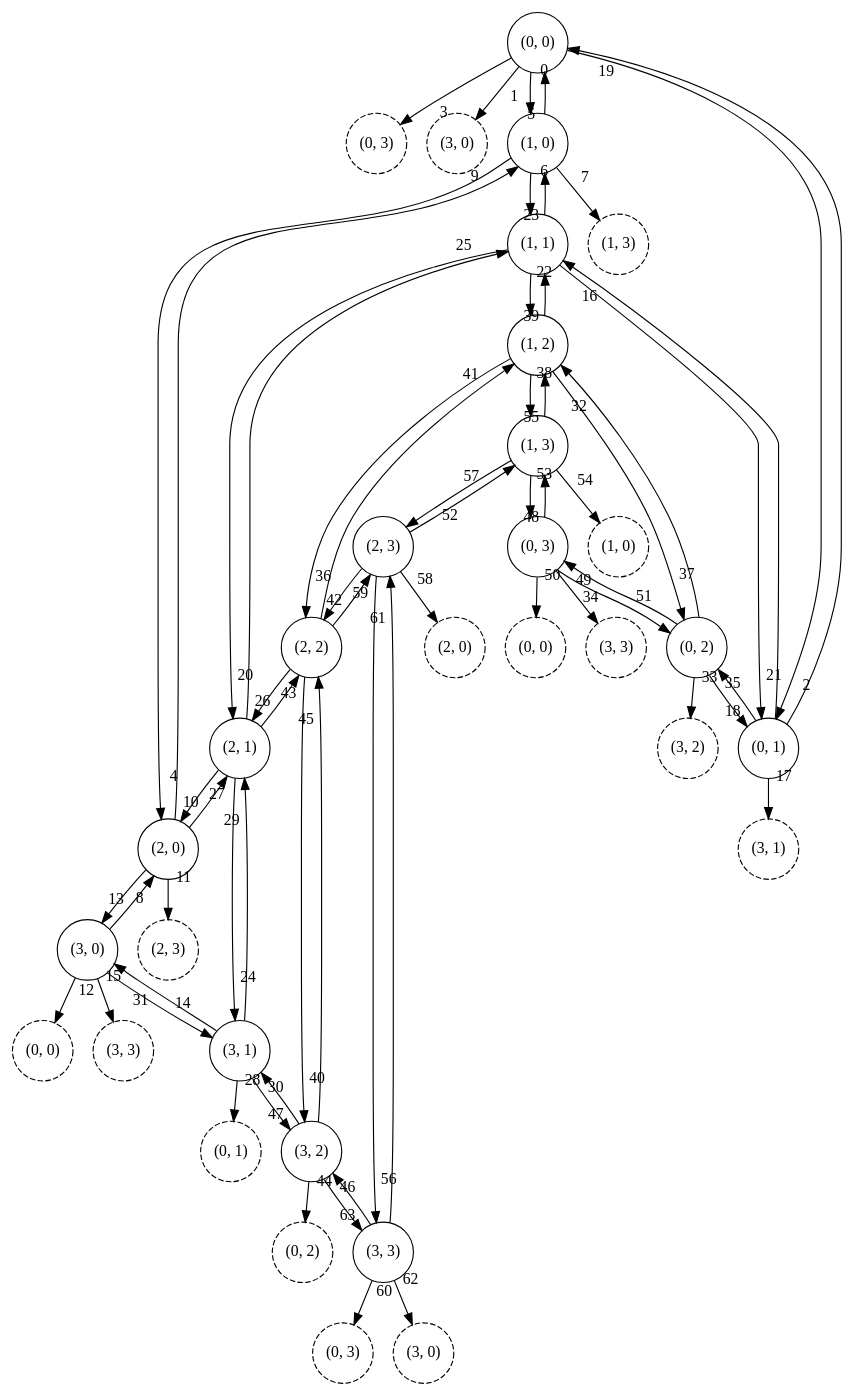
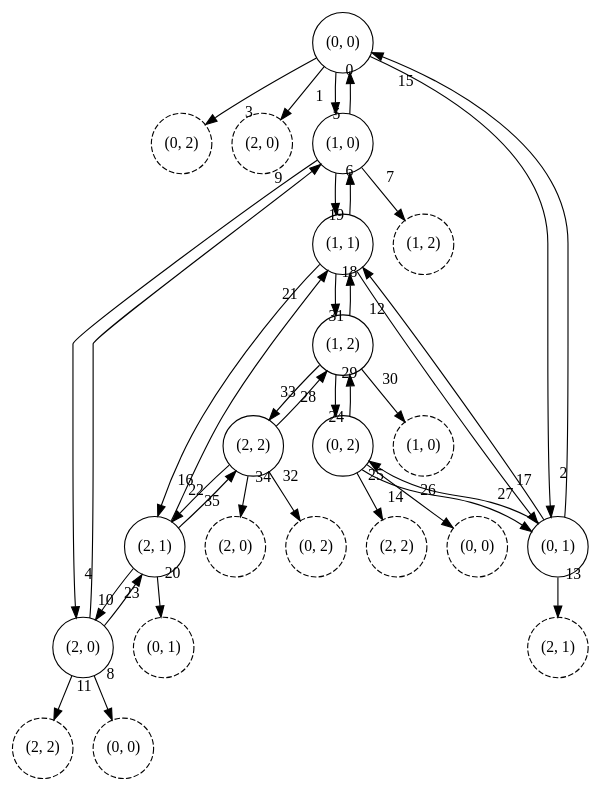
The diagram in docs/graphviz/lattice/periodic-natural.dot (hiperwalk/hiperwalk), drawn with Graphviz before and after one commit. The commit also changed 10 other files, not shown here.

```diff
--- a/docs/graphviz/lattice/periodic-natural.dot
+++ b/docs/graphviz/lattice/periodic-natural.dot
@@ -1,99 +1,60 @@
 digraph {
-	"(0, -1)" [pos="0.0,-1.75!" width=0.75 height=0.75 fixedsize=True style="dashed" label="(0, 3)"]
-	"(1, -1)" [pos="1.75,-1.75!" width=0.75 height=0.75 fixedsize=True style="dashed" label="(1, 3)"]
-	"(2, -1)" [pos="3.5,-1.75!" width=0.75 height=0.75 fixedsize=True style="dashed" label="(2, 3)"]
-	"(3, -1)" [pos="5.25,-1.75!" width=0.75 height=0.75 fixedsize=True style="dashed" label="(3, 3)"]
-	"(-1, 0)" [pos="-1.75,0.0!" width=0.75 height=0.75 fixedsize=True style="dashed" label="(3, 0)"]
+	"(0, -1)" [pos="0.0,-1.75!" width=0.75 height=0.75 fixedsize=True style="dashed" label="(0, 2)"]
+	"(1, -1)" [pos="1.75,-1.75!" width=0.75 height=0.75 fixedsize=True style="dashed" label="(1, 2)"]
+	"(2, -1)" [pos="3.5,-1.75!" width=0.75 height=0.75 fixedsize=True style="dashed" label="(2, 2)"]
+	"(-1, 0)" [pos="-1.75,0.0!" width=0.75 height=0.75 fixedsize=True style="dashed" label="(2, 0)"]
 	"(0, 0)" [pos="0.0,0.0!" width=0.75 height=0.75 fixedsize=True]
 	"(1, 0)" [pos="1.75,0.0!" width=0.75 height=0.75 fixedsize=True]
 	"(2, 0)" [pos="3.5,0.0!" width=0.75 height=0.75 fixedsize=True]
-	"(3, 0)" [pos="5.25,0.0!" width=0.75 height=0.75 fixedsize=True]
-	"(4, 0)" [pos="7.0,0.0!" width=0.75 height=0.75 fixedsize=True style="dashed" label="(0, 0)"]
-	"(-1, 1)" [pos="-1.75,1.75!" width=0.75 height=0.75 fixedsize=True style="dashed" label="(3, 1)"]
+	"(3, 0)" [pos="5.25,0.0!" width=0.75 height=0.75 fixedsize=True style="dashed" label="(0, 0)"]
+	"(-1, 1)" [pos="-1.75,1.75!" width=0.75 height=0.75 fixedsize=True style="dashed" label="(2, 1)"]
 	"(0, 1)" [pos="0.0,1.75!" width=0.75 height=0.75 fixedsize=True]
 	"(1, 1)" [pos="1.75,1.75!" width=0.75 height=0.75 fixedsize=True]
 	"(2, 1)" [pos="3.5,1.75!" width=0.75 height=0.75 fixedsize=True]
-	"(3, 1)" [pos="5.25,1.75!" width=0.75 height=0.75 fixedsize=True]
-	"(4, 1)" [pos="7.0,1.75!" width=0.75 height=0.75 fixedsize=True style="dashed" label="(0, 1)"]
-	"(-1, 2)" [pos="-1.75,3.5!" width=0.75 height=0.75 fixedsize=True style="dashed" label="(3, 2)"]
+	"(3, 1)" [pos="5.25,1.75!" width=0.75 height=0.75 fixedsize=True style="dashed" label="(0, 1)"]
+	"(-1, 2)" [pos="-1.75,3.5!" width=0.75 height=0.75 fixedsize=True style="dashed" label="(2, 2)"]
 	"(0, 2)" [pos="0.0,3.5!" width=0.75 height=0.75 fixedsize=True]
 	"(1, 2)" [pos="1.75,3.5!" width=0.75 height=0.75 fixedsize=True]
 	"(2, 2)" [pos="3.5,3.5!" width=0.75 height=0.75 fixedsize=True]
-	"(3, 2)" [pos="5.25,3.5!" width=0.75 height=0.75 fixedsize=True]
-	"(4, 2)" [pos="7.0,3.5!" width=0.75 height=0.75 fixedsize=True style="dashed" label="(0, 2)"]
-	"(-1, 3)" [pos="-1.75,5.25!" width=0.75 height=0.75 fixedsize=True style="dashed" label="(3, 3)"]
-	"(0, 3)" [pos="0.0,5.25!" width=0.75 height=0.75 fixedsize=True]
-	"(1, 3)" [pos="1.75,5.25!" width=0.75 height=0.75 fixedsize=True]
-	"(2, 3)" [pos="3.5,5.25!" width=0.75 height=0.75 fixedsize=True]
-	"(3, 3)" [pos="5.25,5.25!" width=0.75 height=0.75 fixedsize=True]
-	"(4, 3)" [pos="7.0,5.25!" width=0.75 height=0.75 fixedsize=True style="dashed" label="(0, 3)"]
-	"(0, 4)" [pos="0.0,7.0!" width=0.75 height=0.75 fixedsize=True style="dashed" label="(0, 0)"]
-	"(1, 4)" [pos="1.75,7.0!" width=0.75 height=0.75 fixedsize=True style="dashed" label="(1, 0)"]
-	"(2, 4)" [pos="3.5,7.0!" width=0.75 height=0.75 fixedsize=True style="dashed" label="(2, 0)"]
-	"(3, 4)" [pos="5.25,7.0!" width=0.75 height=0.75 fixedsize=True style="dashed" label="(3, 0)"]
+	"(3, 2)" [pos="5.25,3.5!" width=0.75 height=0.75 fixedsize=True style="dashed" label="(0, 2)"]
+	"(0, 3)" [pos="0.0,5.25!" width=0.75 height=0.75 fixedsize=True style="dashed" label="(0, 0)"]
+	"(1, 3)" [pos="1.75,5.25!" width=0.75 height=0.75 fixedsize=True style="dashed" label="(1, 0)"]
+	"(2, 3)" [pos="3.5,5.25!" width=0.75 height=0.75 fixedsize=True style="dashed" label="(2, 0)"]
 
 	 "(0, 0)" -> "(1, 0)"[headlabel=0 labeldistance=4 labelangle=-20];
 	 "(0, 0)" -> "(-1, 0)"[headlabel=1 labeldistance=4 labelangle=-20];
 	 "(0, 0)" -> "(0, 1)"[headlabel=2 labeldistance=4 labelangle=-20];
 	 "(0, 0)" -> "(0, -1)"[headlabel=3 labeldistance=4 labelangle=-20];
 	 "(1, 0)" -> "(2, 0)"[headlabel=4 labeldistance=4 labelangle=-20];
 	 "(1, 0)" -> "(0, 0)"[headlabel=5 labeldistance=4 labelangle=-20];
 	 "(1, 0)" -> "(1, 1)"[headlabel=6 labeldistance=4 labelangle=-20];
 	 "(1, 0)" -> "(1, -1)"[headlabel=7 labeldistance=4 labelangle=-20];
 	 "(2, 0)" -> "(3, 0)"[headlabel=8 labeldistance=4 labelangle=-20];
 	 "(2, 0)" -> "(1, 0)"[headlabel=9 labeldistance=4 labelangle=-20];
 	 "(2, 0)" -> "(2, 1)"[headlabel=10 labeldistance=4 labelangle=-20];
 	 "(2, 0)" -> "(2, -1)"[headlabel=11 labeldistance=4 labelangle=-20];
-	 "(3, 0)" -> "(4, 0)"[headlabel=12 labeldistance=4 labelangle=-20];
-	 "(3, 0)" -> "(2, 0)"[headlabel=13 labeldistance=4 labelangle=-20];
-	 "(3, 0)" -> "(3, 1)"[headlabel=14 labeldistance=4 labelangle=-20];
-	 "(3, 0)" -> "(3, -1)"[headlabel=15 labeldistance=4 labelangle=-20];
-	 "(0, 1)" -> "(1, 1)"[headlabel=16 labeldistance=4 labelangle=-20];
-	 "(0, 1)" -> "(-1, 1)"[headlabel=17 labeldistance=4 labelangle=-20];
-	 "(0, 1)" -> "(0, 2)"[headlabel=18 labeldistance=4 labelangle=-20];
-	 "(0, 1)" -> "(0, 0)"[headlabel=19 labeldistance=4 labelangle=-20];
-	 "(1, 1)" -> "(2, 1)"[headlabel=20 labeldistance=4 labelangle=-20];
-	 "(1, 1)" -> "(0, 1)"[headlabel=21 labeldistance=4 labelangle=-20];
-	 "(1, 1)" -> "(1, 2)"[headlabel=22 labeldistance=4 labelangle=-20];
-	 "(1, 1)" -> "(1, 0)"[headlabel=23 labeldistance=4 labelangle=-20];
-	 "(2, 1)" -> "(3, 1)"[headlabel=24 labeldistance=4 labelangle=-20];
-	 "(2, 1)" -> "(1, 1)"[headlabel=25 labeldistance=4 labelangle=-20];
-	 "(2, 1)" -> "(2, 2)"[headlabel=26 labeldistance=4 labelangle=-20];
-	 "(2, 1)" -> "(2, 0)"[headlabel=27 labeldistance=4 labelangle=-20];
-	 "(3, 1)" -> "(4, 1)"[headlabel=28 labeldistance=4 labelangle=-20];
-	 "(3, 1)" -> "(2, 1)"[headlabel=29 labeldistance=4 labelangle=-20];
-	 "(3, 1)" -> "(3, 2)"[headlabel=30 labeldistance=4 labelangle=-20];
-	 "(3, 1)" -> "(3, 0)"[headlabel=31 labeldistance=4 labelangle=-20];
-	 "(0, 2)" -> "(1, 2)"[headlabel=32 labeldistance=4 labelangle=-20];
-	 "(0, 2)" -> "(-1, 2)"[headlabel=33 labeldistance=4 labelangle=-20];
-	 "(0, 2)" -> "(0, 3)"[headlabel=34 labeldistance=4 labelangle=-20];
-	 "(0, 2)" -> "(0, 1)"[headlabel=35 labeldistance=4 labelangle=-20];
-	 "(1, 2)" -> "(2, 2)"[headlabel=36 labeldistance=4 labelangle=-20];
-	 "(1, 2)" -> "(0, 2)"[headlabel=37 labeldistance=4 labelangle=-20];
-	 "(1, 2)" -> "(1, 3)"[headlabel=38 labeldistance=4 labelangle=-20];
-	 "(1, 2)" -> "(1, 1)"[headlabel=39 labeldistance=4 labelangle=-20];
-	 "(2, 2)" -> "(3, 2)"[headlabel=40 labeldistance=4 labelangle=-20];
-	 "(2, 2)" -> "(1, 2)"[headlabel=41 labeldistance=4 labelangle=-20];
-	 "(2, 2)" -> "(2, 3)"[headlabel=42 labeldistance=4 labelangle=-20];
-	 "(2, 2)" -> "(2, 1)"[headlabel=43 labeldistance=4 labelangle=-20];
-	 "(3, 2)" -> "(4, 2)"[headlabel=44 labeldistance=4 labelangle=-20];
-	 "(3, 2)" -> "(2, 2)"[headlabel=45 labeldistance=4 labelangle=-20];
-	 "(3, 2)" -> "(3, 3)"[headlabel=46 labeldistance=4 labelangle=-20];
-	 "(3, 2)" -> "(3, 1)"[headlabel=47 labeldistance=4 labelangle=-20];
-	 "(0, 3)" -> "(1, 3)"[headlabel=48 labeldistance=4 labelangle=-20];
-	 "(0, 3)" -> "(-1, 3)"[headlabel=49 labeldistance=4 labelangle=-20];
-	 "(0, 3)" -> "(0, 4)"[headlabel=50 labeldistance=4 labelangle=-20];
-	 "(0, 3)" -> "(0, 2)"[headlabel=51 labeldistance=4 labelangle=-20];
-	 "(1, 3)" -> "(2, 3)"[headlabel=52 labeldistance=4 labelangle=-20];
-	 "(1, 3)" -> "(0, 3)"[headlabel=53 labeldistance=4 labelangle=-20];
-	 "(1, 3)" -> "(1, 4)"[headlabel=54 labeldistance=4 labelangle=-20];
-	 "(1, 3)" -> "(1, 2)"[headlabel=55 labeldistance=4 labelangle=-20];
-	 "(2, 3)" -> "(3, 3)"[headlabel=56 labeldistance=4 labelangle=-20];
-	 "(2, 3)" -> "(1, 3)"[headlabel=57 labeldistance=4 labelangle=-20];
-	 "(2, 3)" -> "(2, 4)"[headlabel=58 labeldistance=4 labelangle=-20];
-	 "(2, 3)" -> "(2, 2)"[headlabel=59 labeldistance=4 labelangle=-20];
-	 "(3, 3)" -> "(4, 3)"[headlabel=60 labeldistance=4 labelangle=-20];
-	 "(3, 3)" -> "(2, 3)"[headlabel=61 labeldistance=4 labelangle=-20];
-	 "(3, 3)" -> "(3, 4)"[headlabel=62 labeldistance=4 labelangle=-20];
-	 "(3, 3)" -> "(3, 2)"[headlabel=63 labeldistance=4 labelangle=-20];
+	 "(0, 1)" -> "(1, 1)"[headlabel=12 labeldistance=4 labelangle=-20];
+	 "(0, 1)" -> "(-1, 1)"[headlabel=13 labeldistance=4 labelangle=-20];
+	 "(0, 1)" -> "(0, 2)"[headlabel=14 labeldistance=4 labelangle=-20];
+	 "(0, 1)" -> "(0, 0)"[headlabel=15 labeldistance=4 labelangle=-20];
+	 "(1, 1)" -> "(2, 1)"[headlabel=16 labeldistance=4 labelangle=-20];
+	 "(1, 1)" -> "(0, 1)"[headlabel=17 labeldistance=4 labelangle=-20];
+	 "(1, 1)" -> "(1, 2)"[headlabel=18 labeldistance=4 labelangle=-20];
+	 "(1, 1)" -> "(1, 0)"[headlabel=19 labeldistance=4 labelangle=-20];
+	 "(2, 1)" -> "(3, 1)"[headlabel=20 labeldistance=4 labelangle=-20];
+	 "(2, 1)" -> "(1, 1)"[headlabel=21 labeldistance=4 labelangle=-20];
+	 "(2, 1)" -> "(2, 2)"[headlabel=22 labeldistance=4 labelangle=-20];
+	 "(2, 1)" -> "(2, 0)"[headlabel=23 labeldistance=4 labelangle=-20];
+	 "(0, 2)" -> "(1, 2)"[headlabel=24 labeldistance=4 labelangle=-20];
+	 "(0, 2)" -> "(-1, 2)"[headlabel=25 labeldistance=4 labelangle=-20];
+	 "(0, 2)" -> "(0, 3)"[headlabel=26 labeldistance=4 labelangle=-20];
+	 "(0, 2)" -> "(0, 1)"[headlabel=27 labeldistance=4 labelangle=-20];
+	 "(1, 2)" -> "(2, 2)"[headlabel=28 labeldistance=4 labelangle=-20];
+	 "(1, 2)" -> "(0, 2)"[headlabel=29 labeldistance=4 labelangle=-20];
+	 "(1, 2)" -> "(1, 3)"[headlabel=30 labeldistance=4 labelangle=-20];
+	 "(1, 2)" -> "(1, 1)"[headlabel=31 labeldistance=4 labelangle=-20];
+	 "(2, 2)" -> "(3, 2)"[headlabel=32 labeldistance=4 labelangle=-20];
+	 "(2, 2)" -> "(1, 2)"[headlabel=33 labeldistance=4 labelangle=-20];
+	 "(2, 2)" -> "(2, 3)"[headlabel=34 labeldistance=4 labelangle=-20];
+	 "(2, 2)" -> "(2, 1)"[headlabel=35 labeldistance=4 labelangle=-20];
 }
```
